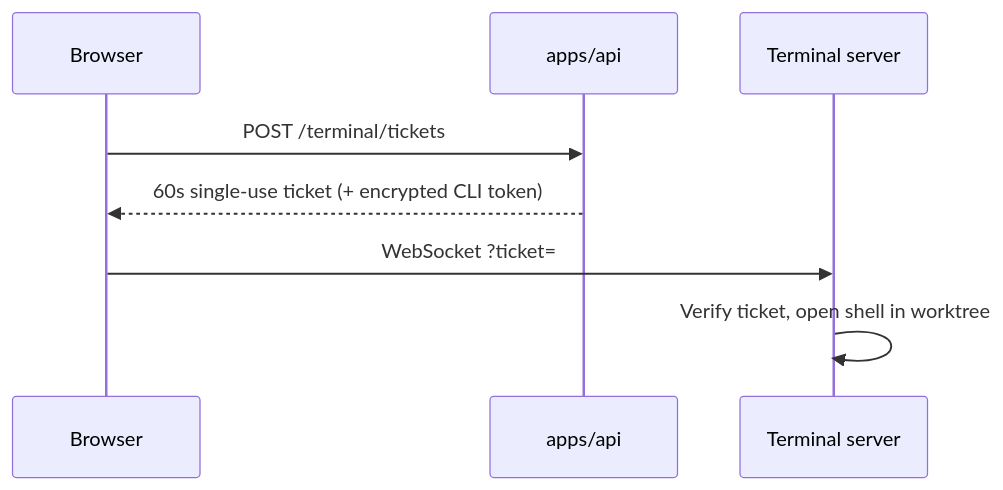
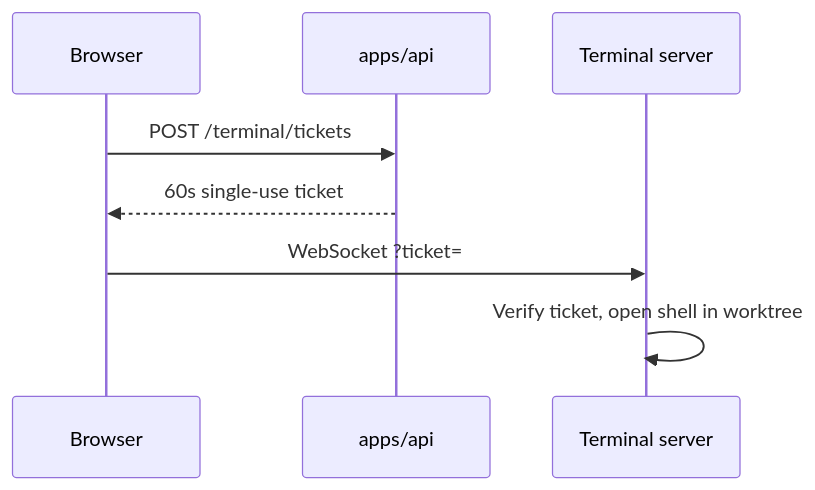
Before and after one commit to HasithaErandika/aura: the third of 3 diagrams in docs/plans/aura-code-cli-council.md, drawn with Mermaid. The commit also changed other lines of this file and 27 other files, not shown here.

````diff
--- a/docs/plans/aura-code-cli-council.md
+++ b/docs/plans/aura-code-cli-council.md
@@ -114,10 +91,10 @@
 ```mermaid
 sequenceDiagram
     participant B as Browser
     participant A as apps/api
     participant T as Terminal server
     B->>A: POST /terminal/tickets
-    A-->>B: 60s single-use ticket (+ encrypted CLI token)
+    A-->>B: 60s single-use ticket
     B->>T: WebSocket ?ticket=
     T->>T: Verify ticket, open shell in worktree
 ```
````
